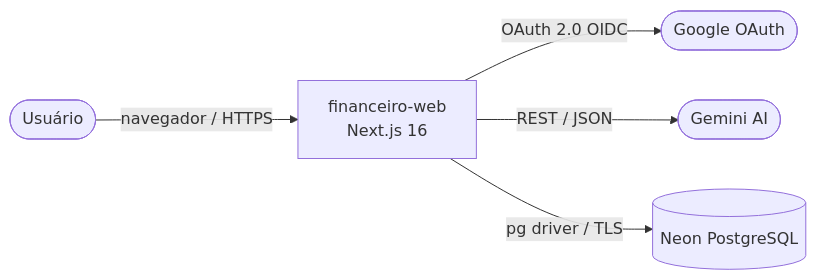
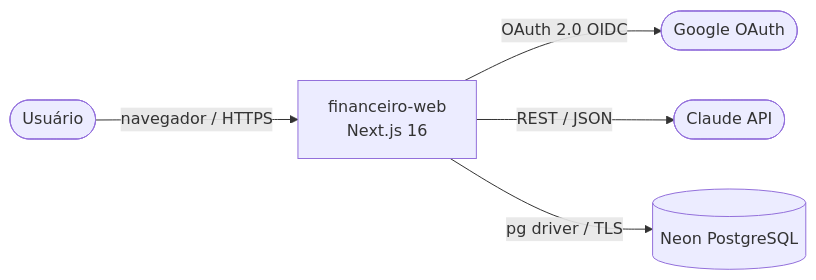
The diagram in docs/01-visao-geral.md (gersonvan/controleFinanceiro), drawn with Mermaid before and after one commit. The commit also changed other lines of this file and 29 other files, not shown here.

````diff
--- a/docs/01-visao-geral.md
+++ b/docs/01-visao-geral.md
@@ -51,13 +51,13 @@
 ```mermaid
 flowchart LR
     U([Usuário])
     G([Google OAuth])
-    GEM([Gemini AI])
+    GEM([Claude API])
     DB[(Neon PostgreSQL)]
     APP[financeiro-web\nNext.js 16]
 
     U -- "navegador / HTTPS" --> APP
     APP -- "OAuth 2.0 OIDC" --> G
     APP -- "REST / JSON" --> GEM
     APP -- "pg driver / TLS" --> DB
 ```
````
